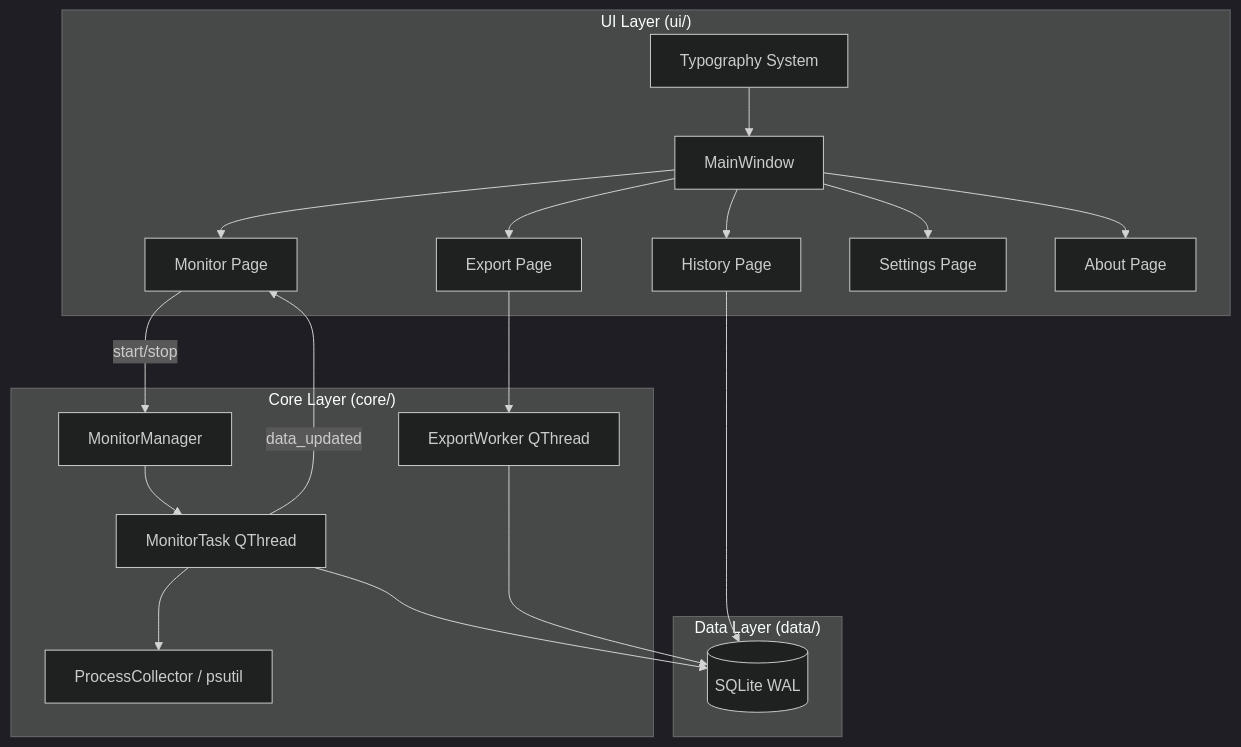
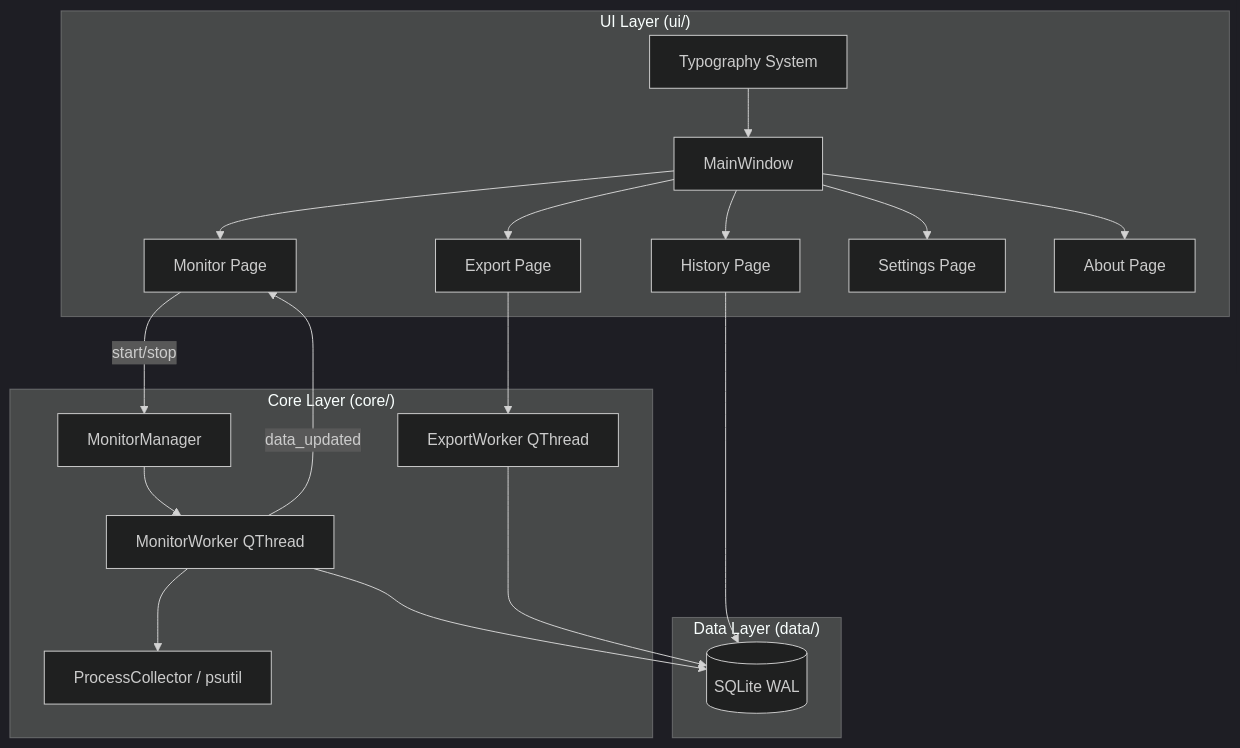
The diagram in README.md (liujialu0330/ProcessMonitor), drawn with Mermaid (dark theme) before and after one commit. The commit also changed 73 other files, not shown here.

````diff
--- a/README.md
+++ b/README.md
@@ -107,24 +107,24 @@
 ```mermaid
 flowchart TD
     subgraph UI["UI Layer (ui/)"]
         MW[MainWindow] --> MP[Monitor Page]
         MW --> HP[History Page]
         MW --> EP[Export Page]
         MW --> SP[Settings Page]
         MW --> AP[About Page]
         TS[Typography System] --> MW
     end
     subgraph Core["Core Layer (core/)"]
-        MM[MonitorManager] --> MT[MonitorTask QThread]
+        MM[MonitorManager] --> MT[MonitorWorker QThread]
         MT --> PC[ProcessCollector / psutil]
         EW[ExportWorker QThread]
     end
     subgraph Data["Data Layer (data/)"]
         DB[(SQLite WAL)]
     end
     MP -->|start/stop| MM
     MT -->|data_updated| MP
     MT --> DB
     HP --> DB
     EP --> EW --> DB
 ```
````
